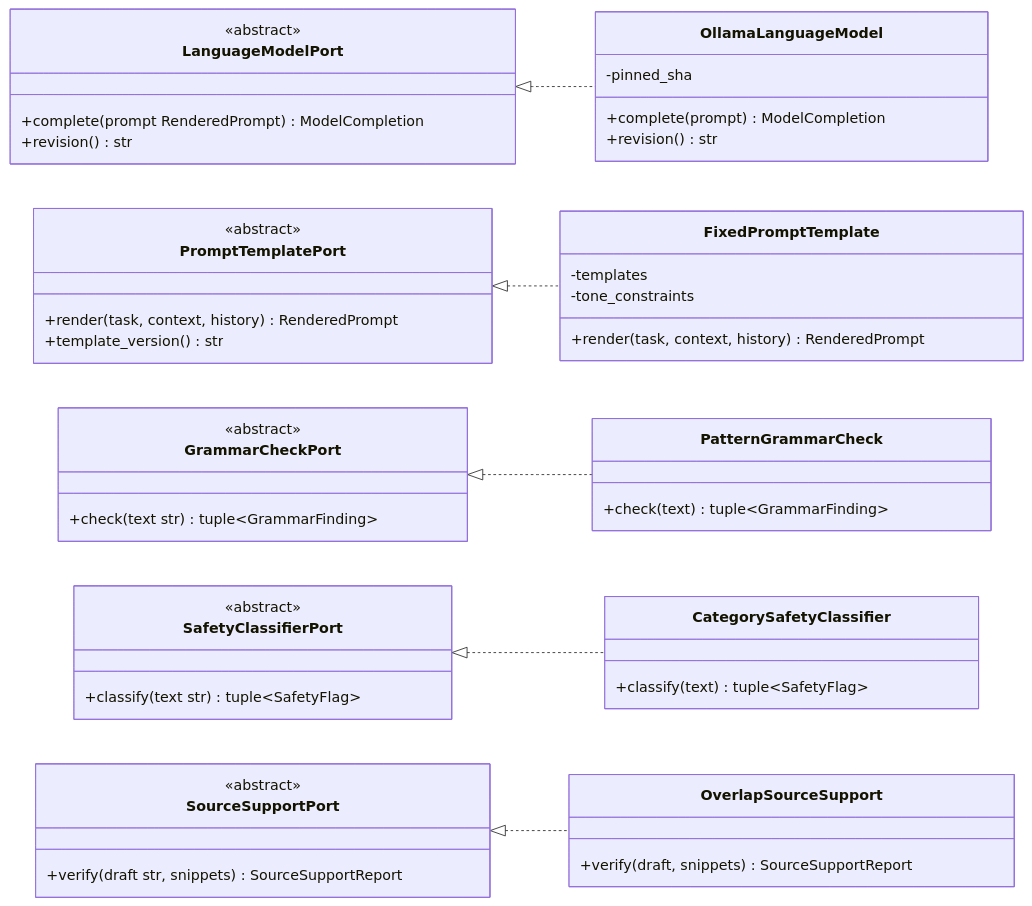
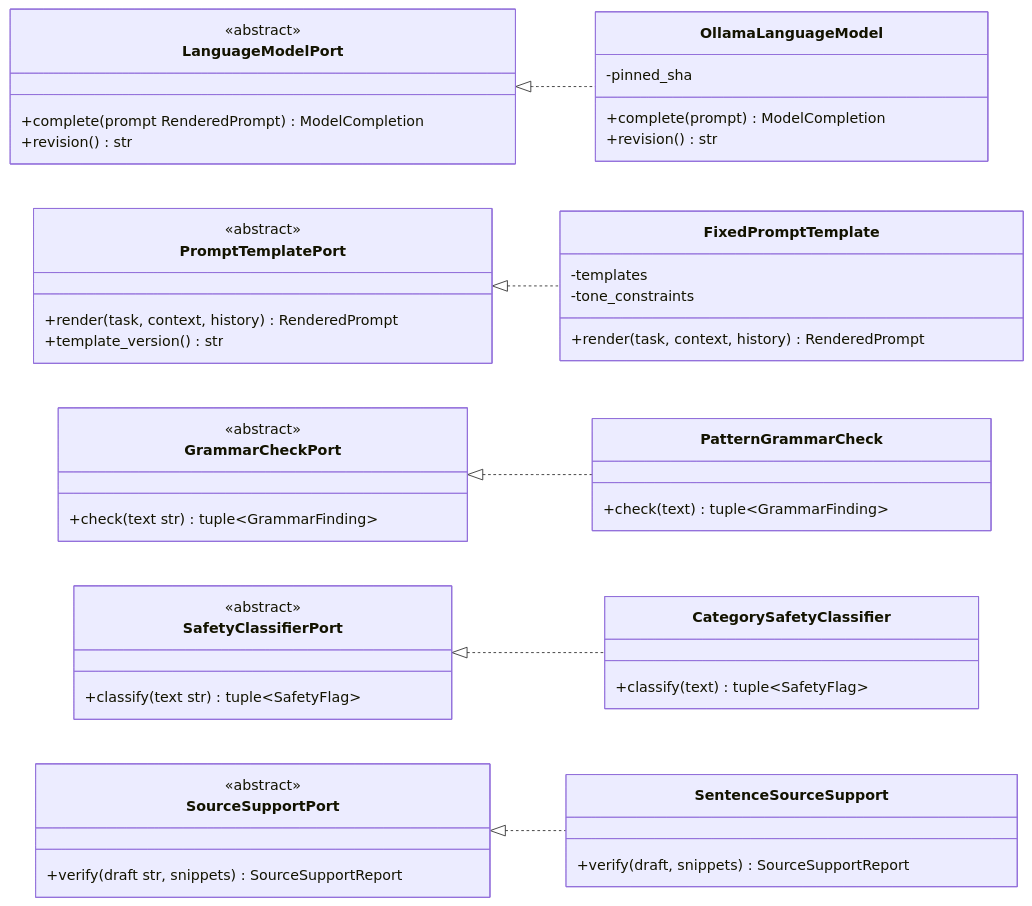
The fourth of 11 diagrams in docs/architecture/ARCHITECTURE.md (basiliofarach/two-agent-orchestration-language-learning), drawn with Mermaid before and after one commit. The commit also changed other lines of this file and 4 other files, not shown here.

Commit message:
refactor: update overlap source logic

````diff
--- a/docs/architecture/ARCHITECTURE.md
+++ b/docs/architecture/ARCHITECTURE.md
@@ -263,53 +263,53 @@
 ```mermaid
 classDiagram
     direction LR
 
     class LanguageModelPort {
         <<abstract>>
         +complete(prompt RenderedPrompt) ModelCompletion
         +revision() str
     }
     class PromptTemplatePort {
         <<abstract>>
         +render(task, context, history) RenderedPrompt
         +template_version() str
     }
     class GrammarCheckPort {
         <<abstract>>
         +check(text str) tuple~GrammarFinding~
     }
     class SafetyClassifierPort {
         <<abstract>>
         +classify(text str) tuple~SafetyFlag~
     }
     class SourceSupportPort {
         <<abstract>>
         +verify(draft str, snippets) SourceSupportReport
     }
 
     class OllamaLanguageModel {
         -pinned_sha
         +complete(prompt) ModelCompletion
         +revision() str
     }
     class FixedPromptTemplate {
         -templates
         -tone_constraints
         +render(task, context, history) RenderedPrompt
     }
     class PatternGrammarCheck {
         +check(text) tuple~GrammarFinding~
     }
     class CategorySafetyClassifier {
         +classify(text) tuple~SafetyFlag~
     }
-    class OverlapSourceSupport {
+    class SentenceSourceSupport {
         +verify(draft, snippets) SourceSupportReport
     }
 
     LanguageModelPort <|.. OllamaLanguageModel
     PromptTemplatePort <|.. FixedPromptTemplate
     GrammarCheckPort <|.. PatternGrammarCheck
     SafetyClassifierPort <|.. CategorySafetyClassifier
-    SourceSupportPort <|.. OverlapSourceSupport
+    SourceSupportPort <|.. SentenceSourceSupport
 ```
````
